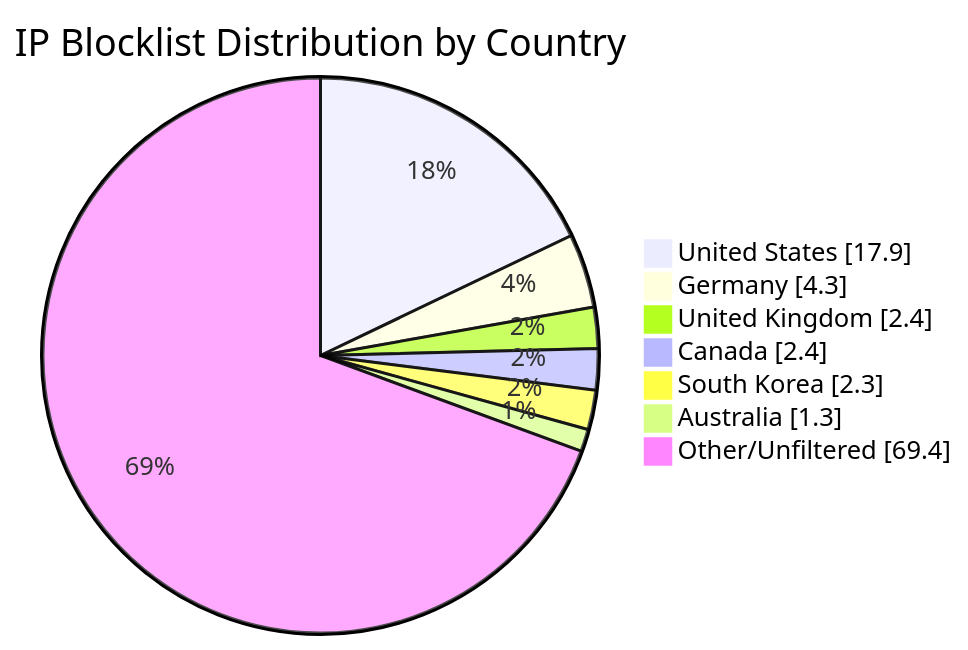
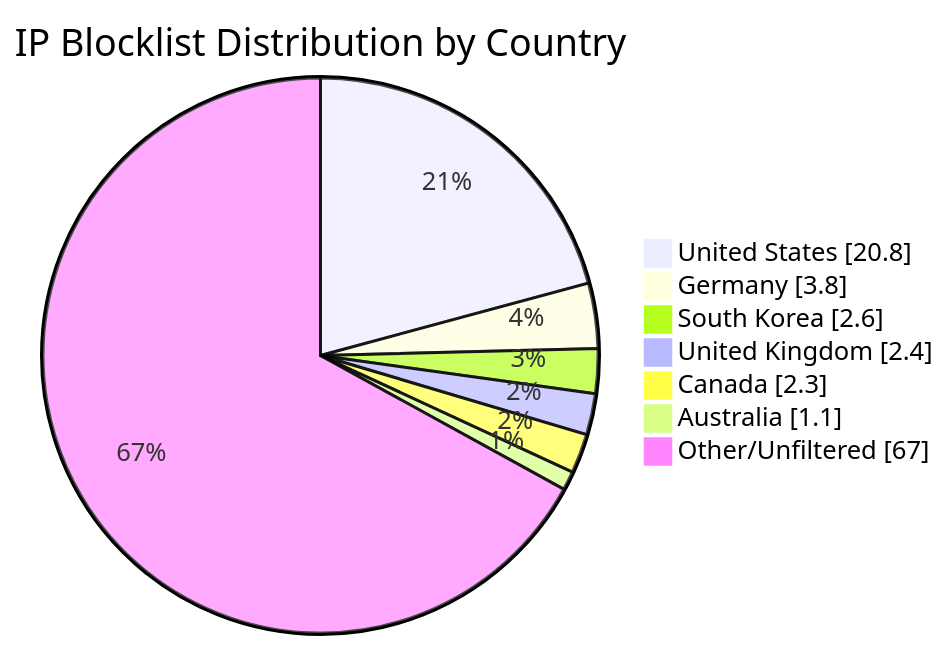
Before and after one commit to MarcusHoltz/ipblocklist-geofiltered-aggregator: the diagram in README.md, drawn with Mermaid. The commit also changed other lines of this file and 9 other files, not shown here.

````diff
--- a/README.md
+++ b/README.md
@@ -34,10 +34,10 @@
 ```mermaid
 pie showData title IP Blocklist Distribution by Country
-"United States" : 17.9
-"Germany" : 4.3
+"United States" : 20.8
+"Germany" : 3.8
+"South Korea" : 2.6
 "United Kingdom" : 2.4
-"Canada" : 2.4
-"South Korea" : 2.3
-"Australia" : 1.3
-"Other/Unfiltered" : 69.4
+"Canada" : 2.3
+"Australia" : 1.1
+"Other/Unfiltered" : 67.0
 ```
````
